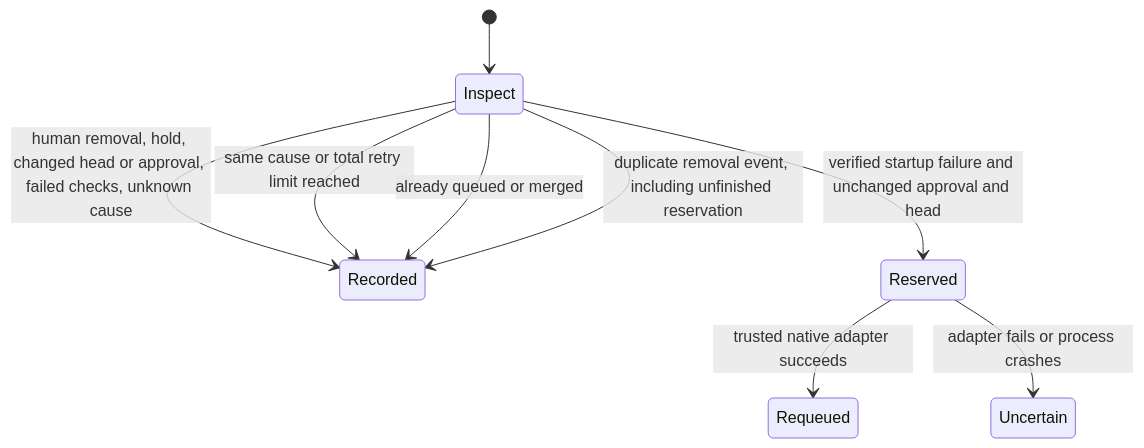
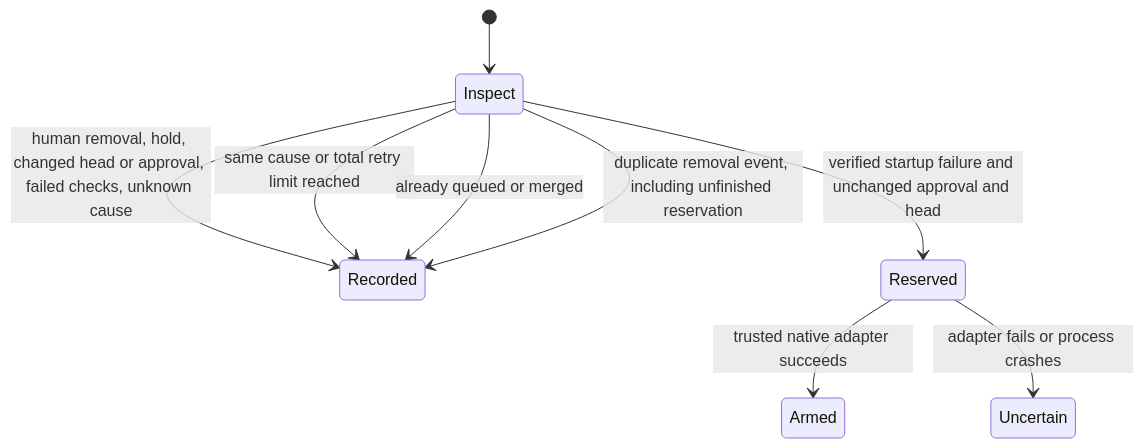
One commit to DoctorCRE/carr-system changed the diagram in docs/statecharts/merge-queue-recovery.md. Above: the diagram before and after it, drawn with Mermaid. The commit also changed other lines of this file and 2 other files, not shown here.

Commit message:
fix(delivery): report native arming without claiming queue entry
Card: WR823.S16.J4

````diff
--- a/docs/statecharts/merge-queue-recovery.md
+++ b/docs/statecharts/merge-queue-recovery.md
@@ -22,11 +22,11 @@
 ```mermaid
 stateDiagram-v2
     [*] --> Inspect
     Inspect --> Recorded: human removal, hold, changed head or approval, failed checks, unknown cause
     Inspect --> Recorded: same cause or total retry limit reached
     Inspect --> Reserved: verified startup failure and unchanged approval and head
     Inspect --> Recorded: already queued or merged
-    Reserved --> Requeued: trusted native adapter succeeds
+    Reserved --> Armed: trusted native adapter succeeds
     Reserved --> Uncertain: adapter fails or process crashes
     Inspect --> Recorded: duplicate removal event, including unfinished reservation
 ```
````
